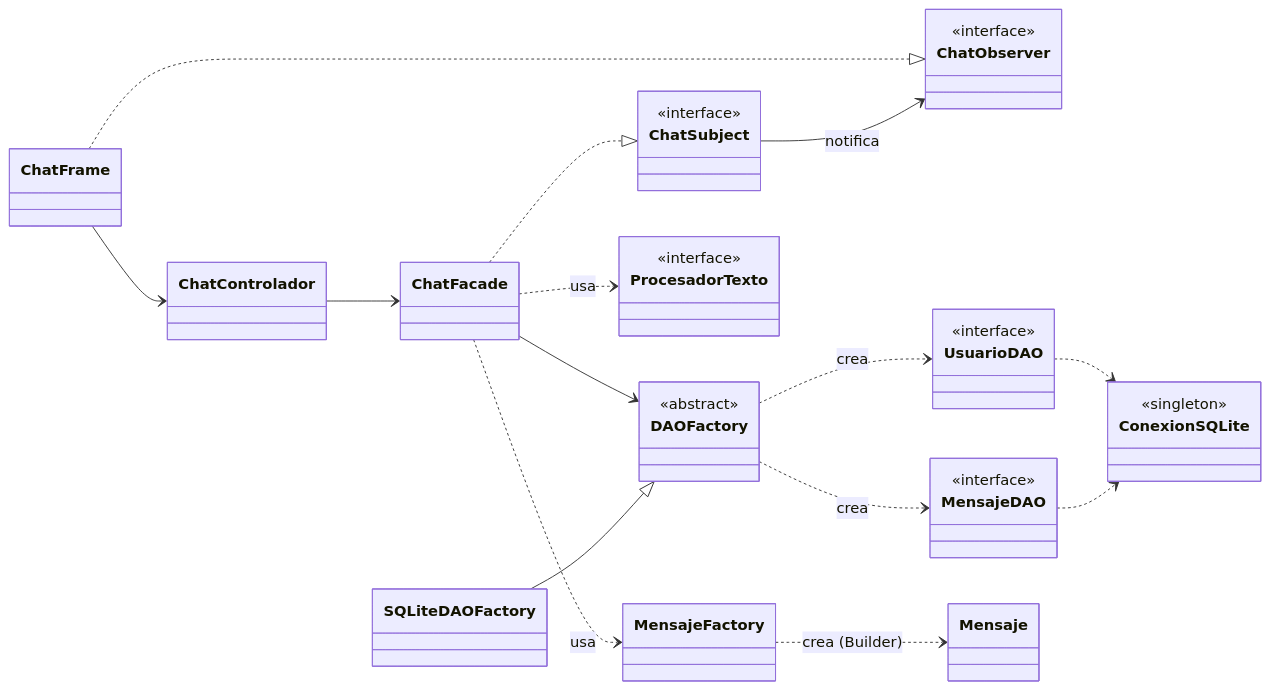
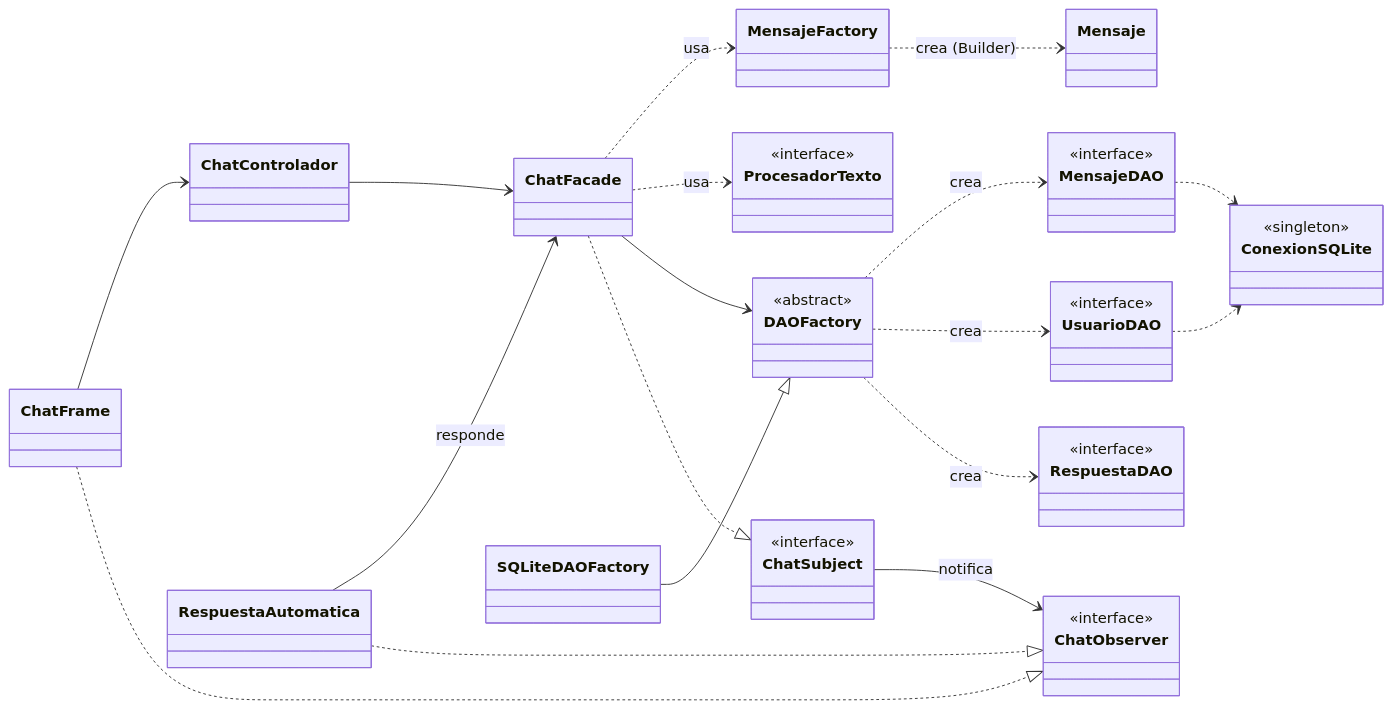
The diagram in README.md (pbrodriguezm/Tecnolog-a-de-Objetos), drawn with Mermaid before and after one commit. The commit also changed other lines of this file and 11 other files, not shown here.

````diff
--- a/README.md
+++ b/README.md
@@ -78,32 +79,37 @@
 ```mermaid
 classDiagram
     direction LR
     class ChatFrame
     class ChatControlador
     class ChatFacade
     class ChatSubject {<<interface>>}
     class ChatObserver {<<interface>>}
     class DAOFactory {<<abstract>>}
     class SQLiteDAOFactory
     class UsuarioDAO {<<interface>>}
     class MensajeDAO {<<interface>>}
     class ProcesadorTexto {<<interface>>}
     class MensajeFactory
     class Mensaje
+    class RespuestaAutomatica
+    class RespuestaDAO {<<interface>>}
     class ConexionSQLite {<<singleton>>}
 
     ChatFrame ..|> ChatObserver
     ChatFrame --> ChatControlador
     ChatControlador --> ChatFacade
     ChatFacade ..|> ChatSubject
+    RespuestaAutomatica ..|> ChatObserver
+    RespuestaAutomatica --> ChatFacade : responde
+    DAOFactory ..> RespuestaDAO : crea
     ChatSubject --> ChatObserver : notifica
     ChatFacade --> DAOFactory
     SQLiteDAOFactory --|> DAOFactory
     DAOFactory ..> UsuarioDAO : crea
     DAOFactory ..> MensajeDAO : crea
     ChatFacade ..> ProcesadorTexto : usa
     ChatFacade ..> MensajeFactory : usa
     MensajeFactory ..> Mensaje : crea (Builder)
     UsuarioDAO ..> ConexionSQLite
     MensajeDAO ..> ConexionSQLite
 ```
````
